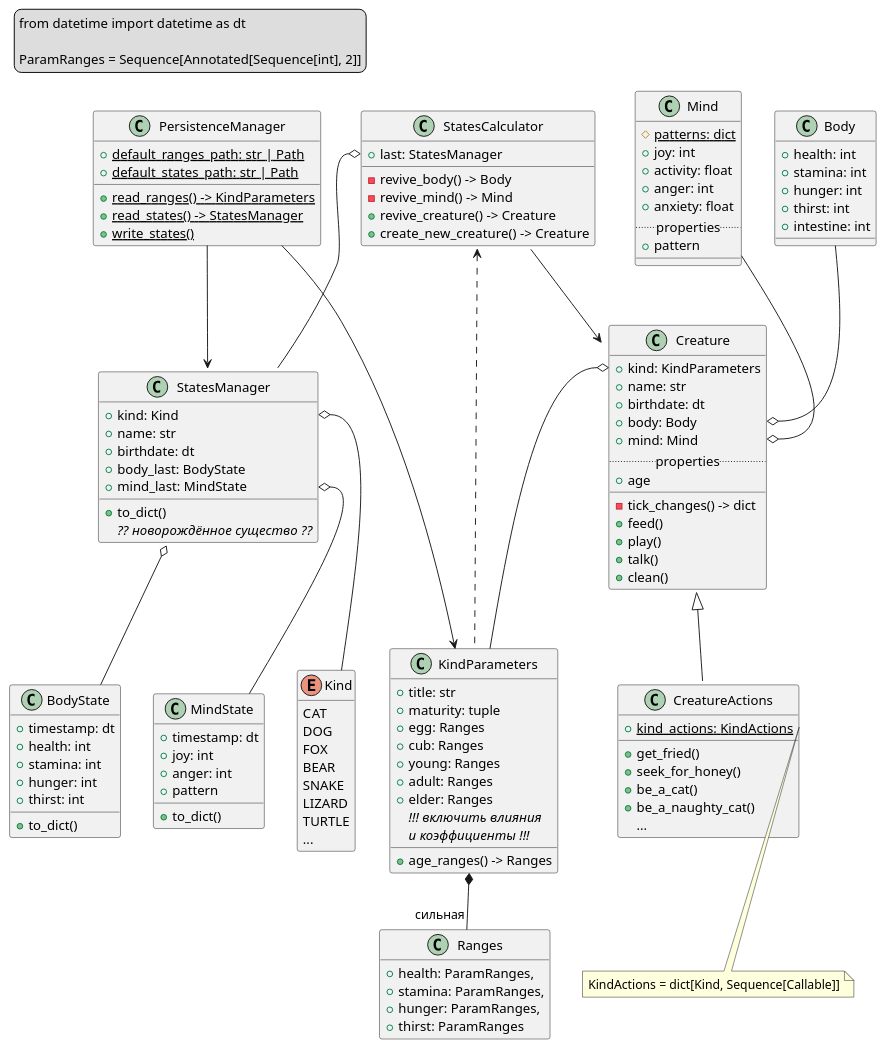
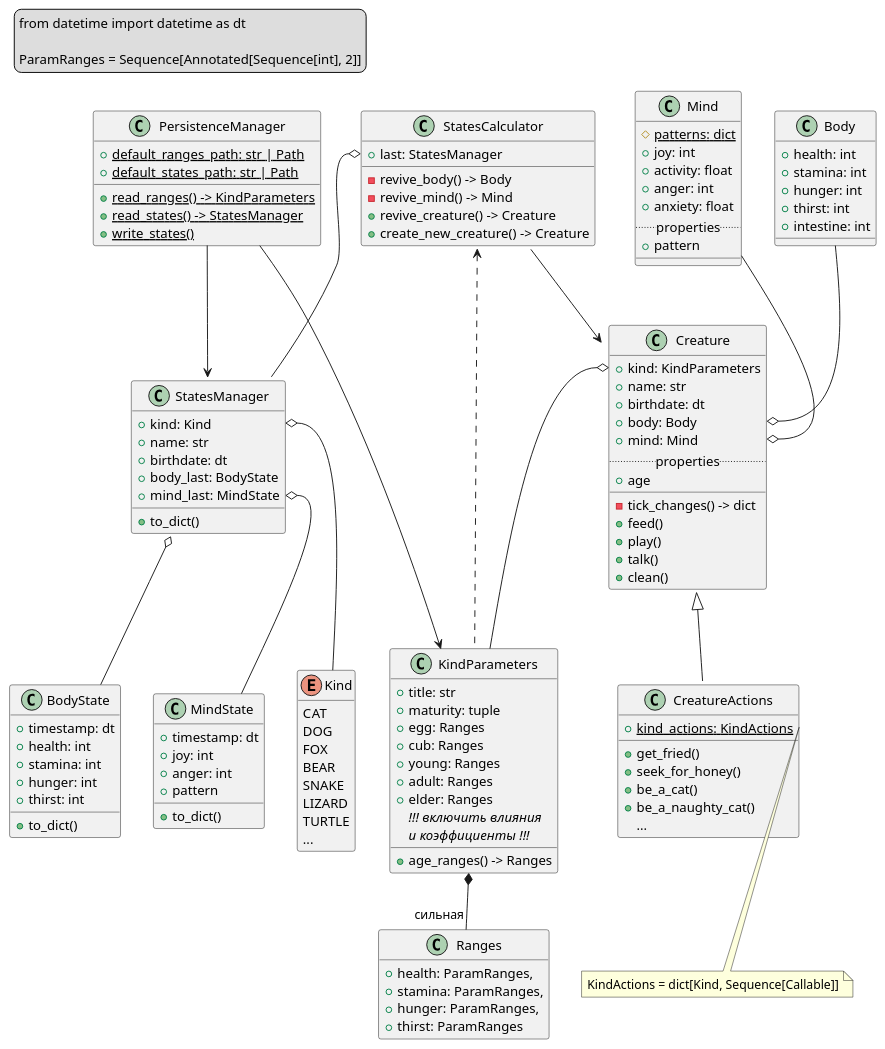
The diagram in src/model.puml (TOP-Python221/Rodov_project2), drawn with PlantUML before and after one commit. The commit also changed 4 other files, not shown here.

```diff
--- a/src/model.puml
+++ b/src/model.puml
@@ -1,170 +1,169 @@
 @startuml
 
 <style>
     legend {
         FontName Fira Mono
     }
     note {
         FontName Fira Mono
     }
 </style>
 
 
 legend top left
     from datetime import datetime as dt
 
     ParamRanges = Sequence[Annotated[Sequence[int], 2]]
 end legend
 
 
 hide enum empty members
 
 enum Kind {
     CAT
     DOG
     FOX
     BEAR
     SNAKE
     LIZARD
     TURTLE
     ...
 }
 
 
 class Creature {
     +kind: KindParameters
     +name: str
     +birthdate: dt
     +body: Body
     +mind: Mind
     ..properties..
     +age
     __
     -tick_changes() -> dict
     +feed()
     +play()
     +talk()
     +clean()
 }
 Creature <|-- CreatureActions
 Creature::kind o-- KindParameters
 
 
 class CreatureActions {
     +{static}kind_actions: KindActions
     +get_fried()
     +seek_for_honey()
     +be_a_cat()
     +be_a_naughty_cat()
     {method}...
 }
 note as annotation
     KindActions = dict[Kind, Sequence[Callable]]
 end note
 CreatureActions::kind_actions .. annotation
 
 
 class StatesCalculator {
     +last: StatesManager
     -revive_body() -> Body
     -revive_mind() -> Mind
     +revive_creature() -> Creature
     +create_new_creature() -> Creature
 }
 StatesCalculator::last o-- StatesManager
 StatesCalculator --> Creature
 StatesCalculator <.. KindParameters
 
 
 class Body {
     +health: int
     +stamina: int
     +hunger: int
     +thirst: int
     +intestine: int
 }
 Body --o Creature::body
 
 
 class Mind {
     #{static}patterns: dict
     +joy: int
     +activity: float
     +anger: int
     +anxiety: float
     ..properties..
     +pattern
     __
 }
 Mind --o Creature::mind
 
 
 class BodyState {
     +timestamp: dt
     +health: int
     +stamina: int
     +hunger: int
     +thirst: int
     +to_dict()
 }
 
 
 class MindState {
     +timestamp: dt
     +joy: int
     +anger: int
     +pattern
     +to_dict()
 }
 
 
 class StatesManager {
     +kind: Kind
     +name: str
     +birthdate: dt
     +body_last: BodyState
     +mind_last: MindState
     +to_dict()
-    {method}<i>?? новорождённое существо ??</i>
 }
 StatesManager::kind o-- Kind
 StatesManager::mind_last o-- MindState
 StatesManager::body_history o-- BodyState
 
 
 class KindParameters {
     +title: str
     +maturity: tuple
     +egg: Ranges
     +cub: Ranges
     +young: Ranges
     +adult: Ranges
     +elder: Ranges
     <i>!!! включить влияния</i>
     <i>и коэффициенты !!!</i>
     +age_ranges() -> Ranges
 }
 KindParameters *-- "сильная" Ranges
 
 
 hide Ranges empty methods
 class Ranges {
     +health: ParamRanges,
     +stamina: ParamRanges,
     +hunger: ParamRanges,
     +thirst: ParamRanges
 }
 
 
 class PersistenceManager {
     +{static}default_ranges_path: str | Path
     +{static}default_states_path: str | Path
     +{static}read_ranges() -> KindParameters
     +{static}read_states() -> StatesManager
     +{static}write_states()
 }
 PersistenceManager --> StatesManager
 PersistenceManager --> KindParameters
 
 
 @enduml
```
